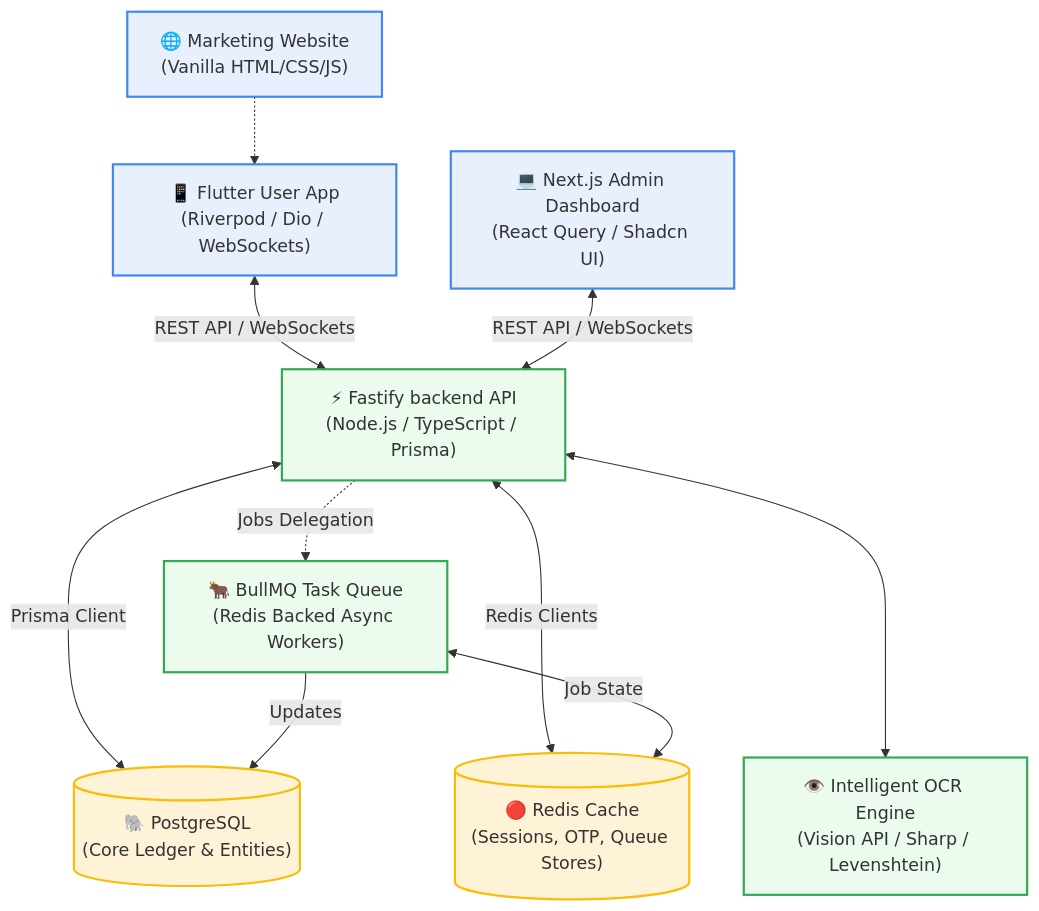
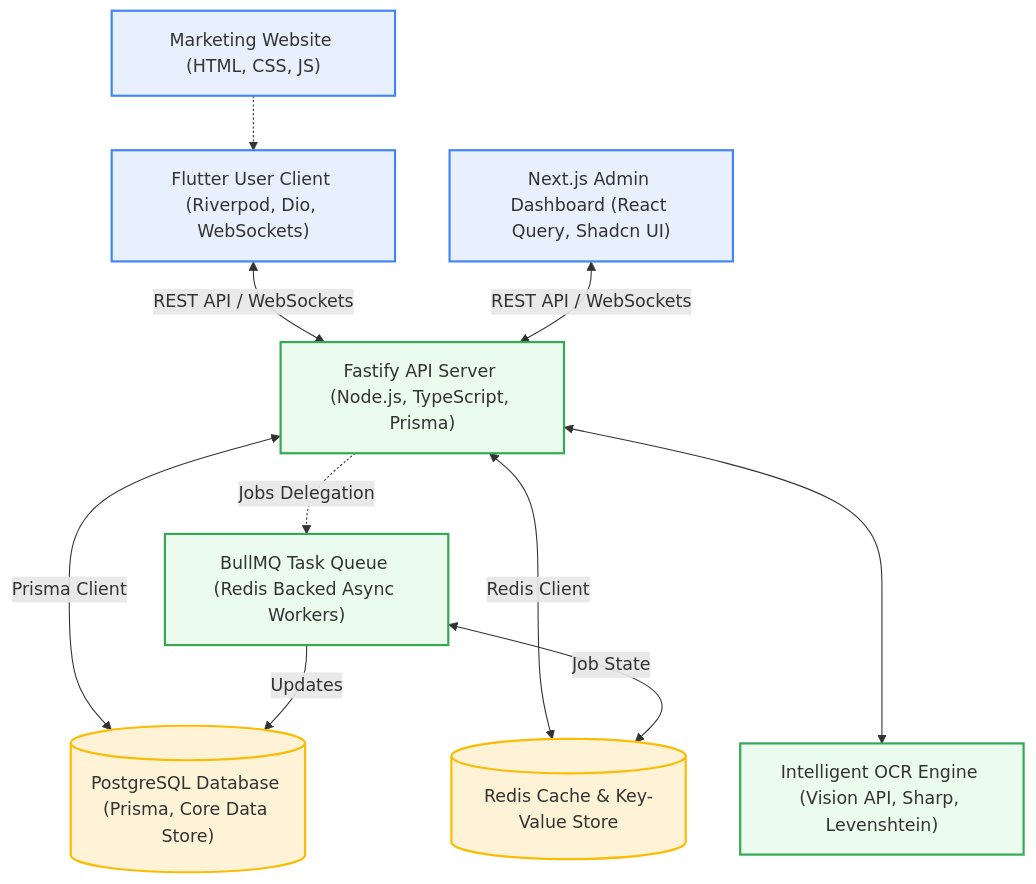
Before and after one commit to titanxdevz/Tournament-App: the diagram in README.md, drawn with Mermaid. The commit also changed other lines of this file, not shown here.

````diff
--- a/README.md
+++ b/README.md
@@ -20,40 +11,40 @@
 ```mermaid
 graph TD
     %% Clients
-    UserApp["📱 Flutter User App<br/>(Riverpod / Dio / WebSockets)"] 
-    AdminPanel["💻 Next.js Admin Dashboard<br/>(React Query / Shadcn UI)"]
-    MarketingSite["🌐 Marketing Website<br/>(Vanilla HTML/CSS/JS)"]
+    UserApp["Flutter User Client (Riverpod, Dio, WebSockets)"] 
+    AdminPanel["Next.js Admin Dashboard (React Query, Shadcn UI)"]
+    MarketingSite["Marketing Website (HTML, CSS, JS)"]
 
     %% Core Services
-    Backend["⚡ Fastify backend API<br/>(Node.js / TypeScript / Prisma)"]
+    Backend["Fastify API Server (Node.js, TypeScript, Prisma)"]
     
     %% Workers & Engines
-    QueueEngine["🐂 BullMQ Task Queue<br/>(Redis Backed Async Workers)"]
-    OCRPipeline["👁️ Intelligent OCR Engine<br/>(Vision API / Sharp / Levenshtein)"]
+    QueueEngine["BullMQ Task Queue (Redis Backed Async Workers)"]
+    OCRPipeline["Intelligent OCR Engine (Vision API, Sharp, Levenshtein)"]
     
     %% Databases
-    Postgres[("🐘 PostgreSQL<br/>(Core Ledger & Entities)")]
-    RedisDB[("🔴 Redis Cache<br/>(Sessions, OTP, Queue Stores)")]
+    Postgres[("PostgreSQL Database (Prisma, Core Data Store)")]
+    RedisDB[("Redis Cache & Key-Value Store")]
 
     %% Connections
     MarketingSite -.-> UserApp
     UserApp <-->|REST API / WebSockets| Backend
     AdminPanel <-->|REST API / WebSockets| Backend
     
     Backend <-->|Prisma Client| Postgres
-    Backend <-->|Redis Clients| RedisDB
+    Backend <-->|Redis Client| RedisDB
     Backend -.->|Jobs Delegation| QueueEngine
     Backend <---> OCRPipeline
     
     QueueEngine <-->|Job State| RedisDB
     QueueEngine -->|Updates| Postgres
 
     classDef default fill:#F8F9FA,stroke:#D1D8E0,stroke-width:1px;
     classDef client fill:#E8F0FE,stroke:#4285F4,stroke-width:2px;
     classDef core fill:#EBFBEE,stroke:#34A853,stroke-width:2px;
     classDef db fill:#FEF3D6,stroke:#FBBC05,stroke-width:2px;
     
     class UserApp,AdminPanel,MarketingSite client;
     class Backend,QueueEngine,OCRPipeline core;
     class Postgres,RedisDB db;
 ```
````
